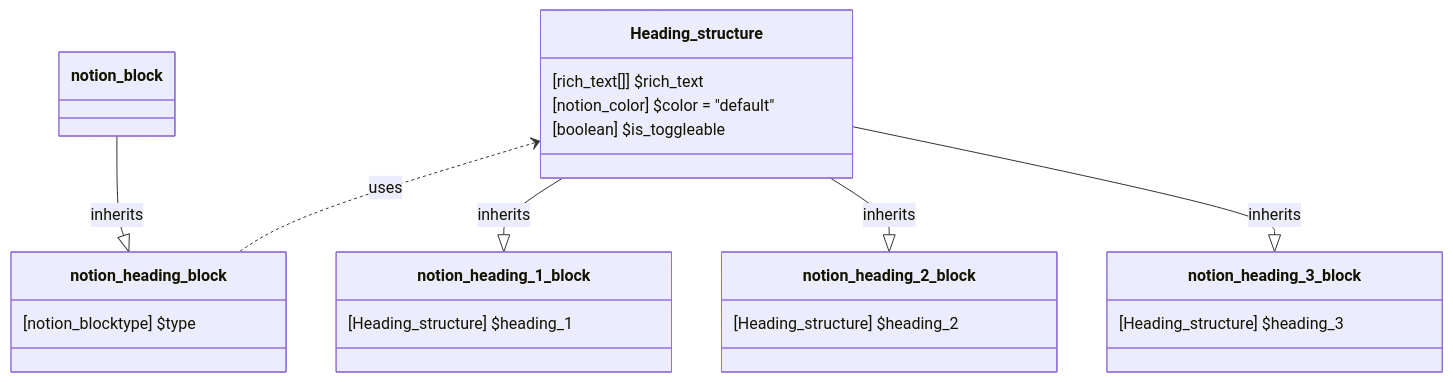
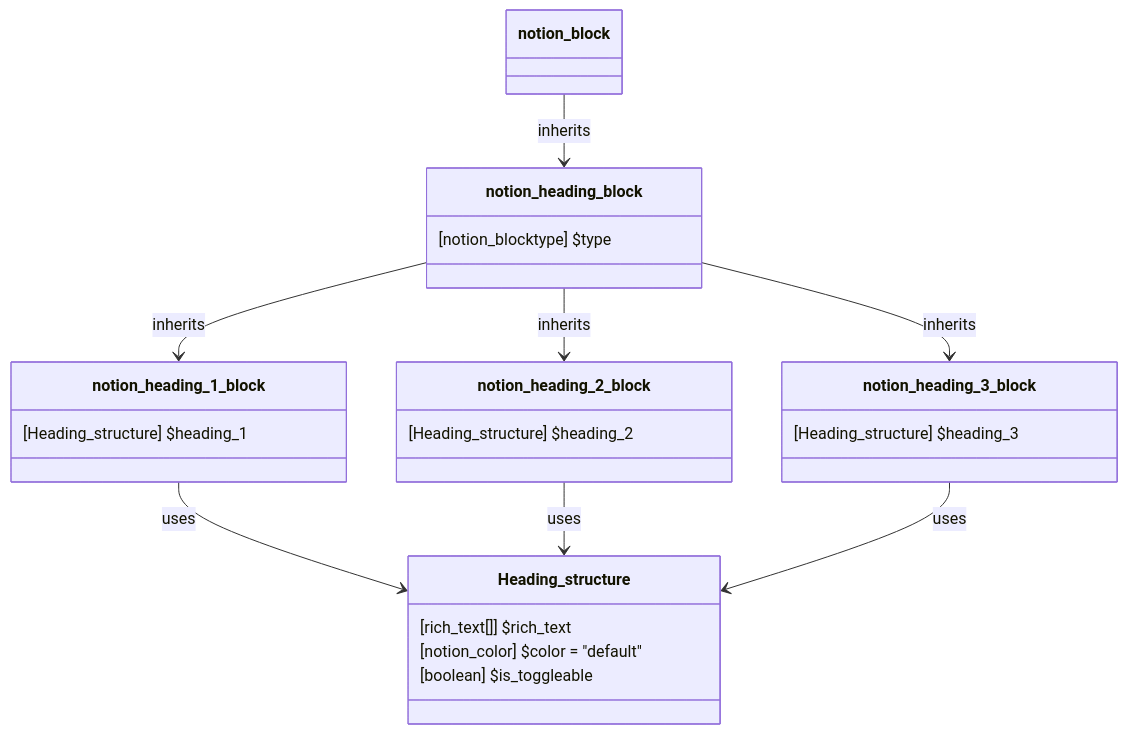
The diagram in source/WikiSource/Classes/Block/17.1_Heading.md (fasteiner/Notion), drawn with Mermaid before and after one commit. The commit also changed 31 other files, not shown here.

Commit message:
fix: correct spelling of "Reference" in API documentation, heading dependency, removed unsuported link in mermaid

````diff
--- a/source/WikiSource/Classes/Block/17.1_Heading.md
+++ b/source/WikiSource/Classes/Block/17.1_Heading.md
@@ -5,29 +5,30 @@
 ```mermaid
 classDiagram
     class Heading_structure {
         [rich_text[]] $rich_text
         [notion_color] $color = "default"
         [boolean] $is_toggleable
     }
 
     class notion_heading_block {
         [notion_blocktype] $type
     }
 
     class notion_heading_1_block {
         [Heading_structure] $heading_1
     }
     class notion_heading_2_block {
         [Heading_structure] $heading_2
     }
     
     class notion_heading_3_block {
         [Heading_structure] $heading_3
     }
-    `Heading_structure` <.. `notion_heading_block`:uses
-    `notion_block` --|> `notion_heading_block`:inherits
-    `Heading_structure`--|> `notion_heading_1_block`:inherits
-    `Heading_structure`--|> `notion_heading_2_block`:inherits
-    `Heading_structure`--|> `notion_heading_3_block`:inherits
-
+    notion_block --> notion_heading_block:inherits
+    notion_heading_block --> notion_heading_1_block:inherits
+    notion_heading_block --> notion_heading_2_block:inherits
+    notion_heading_block --> notion_heading_3_block:inherits
+    notion_heading_1_block --> Heading_structure:uses
+    notion_heading_2_block --> Heading_structure:uses
+    notion_heading_3_block --> Heading_structure:uses
 ```
````
